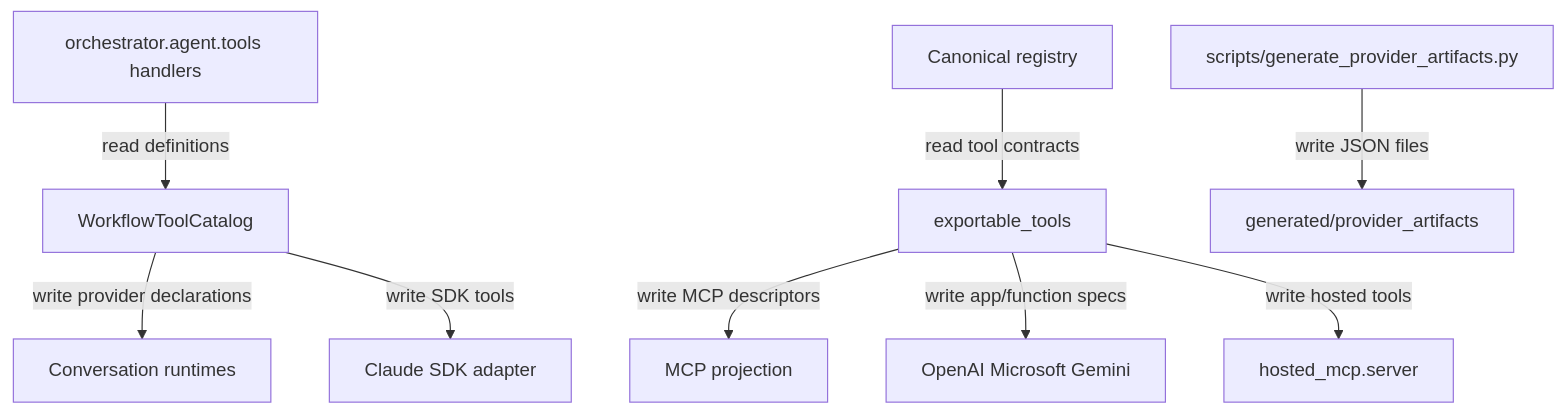
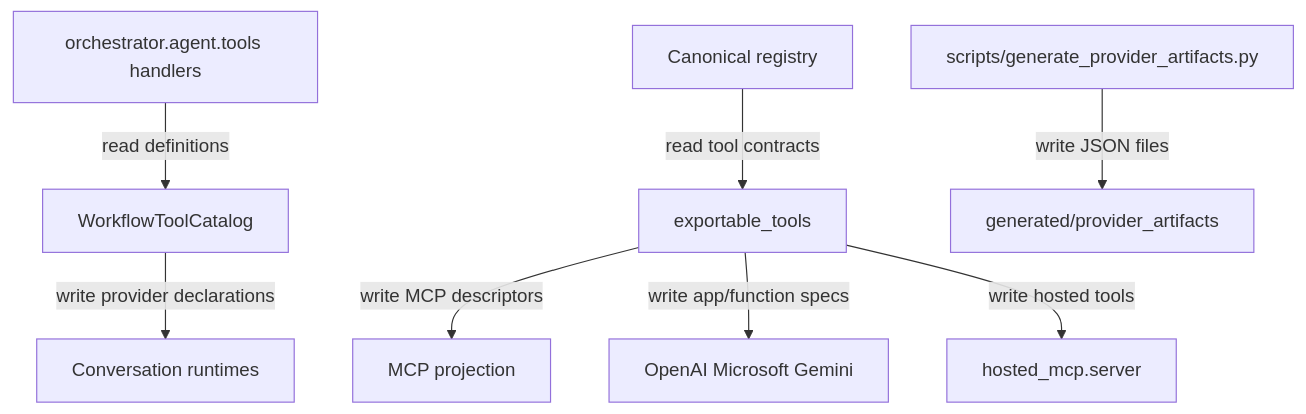
Before and after one commit to matt-hans/ShipAgent: the diagram in docs/components/shipagent-workflow-tool-registry.md, drawn with Mermaid. The commit also changed other lines of this file and 18 other files, not shown here.

````diff
--- a/docs/components/shipagent-workflow-tool-registry.md
+++ b/docs/components/shipagent-workflow-tool-registry.md
@@ -37,11 +36,10 @@
 ```mermaid
 flowchart TD
     Handlers[orchestrator.agent.tools handlers] -->|read definitions| Catalog[WorkflowToolCatalog]
     Catalog -->|write provider declarations| Runtime[Conversation runtimes]
-    Catalog -->|write SDK tools| Claude[Claude SDK adapter]
     Registry[Canonical registry] -->|read tool contracts| ExportFilter[exportable_tools]
     ExportFilter -->|write MCP descriptors| MCP[MCP projection]
     ExportFilter -->|write app/function specs| Providers[OpenAI Microsoft Gemini]
     ExportFilter -->|write hosted tools| Hosted[hosted_mcp.server]
     Generator[scripts/generate_provider_artifacts.py] -->|write JSON files| Artifacts[generated/provider_artifacts]
 ```
````
